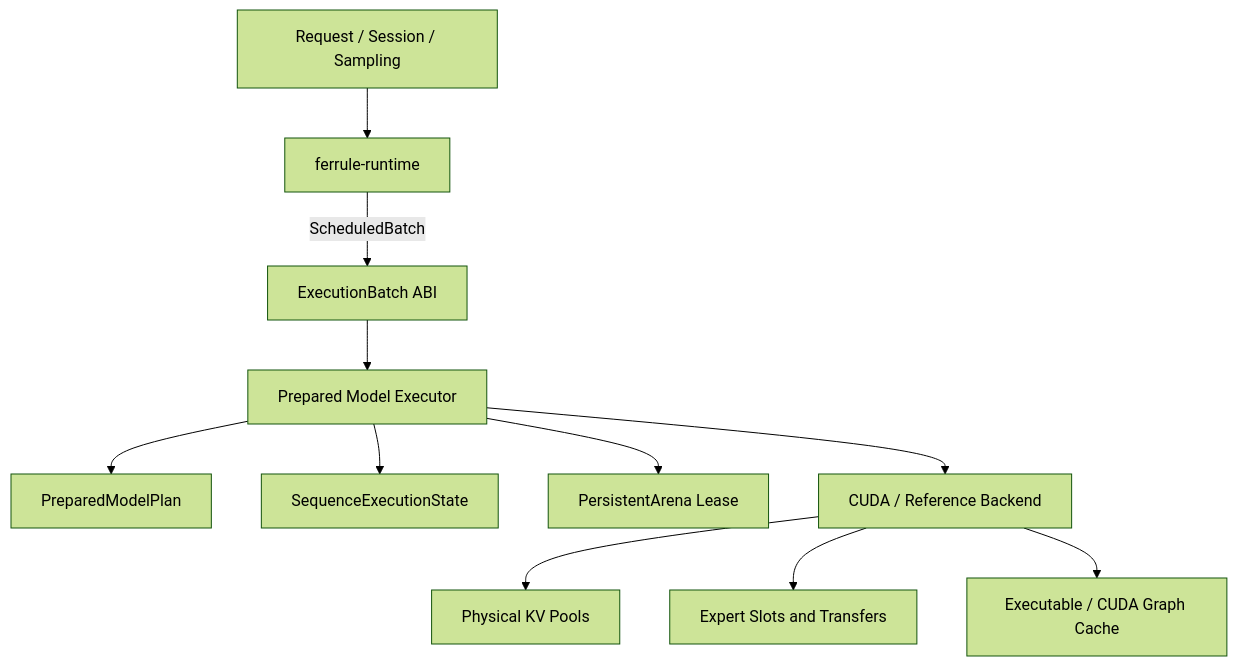
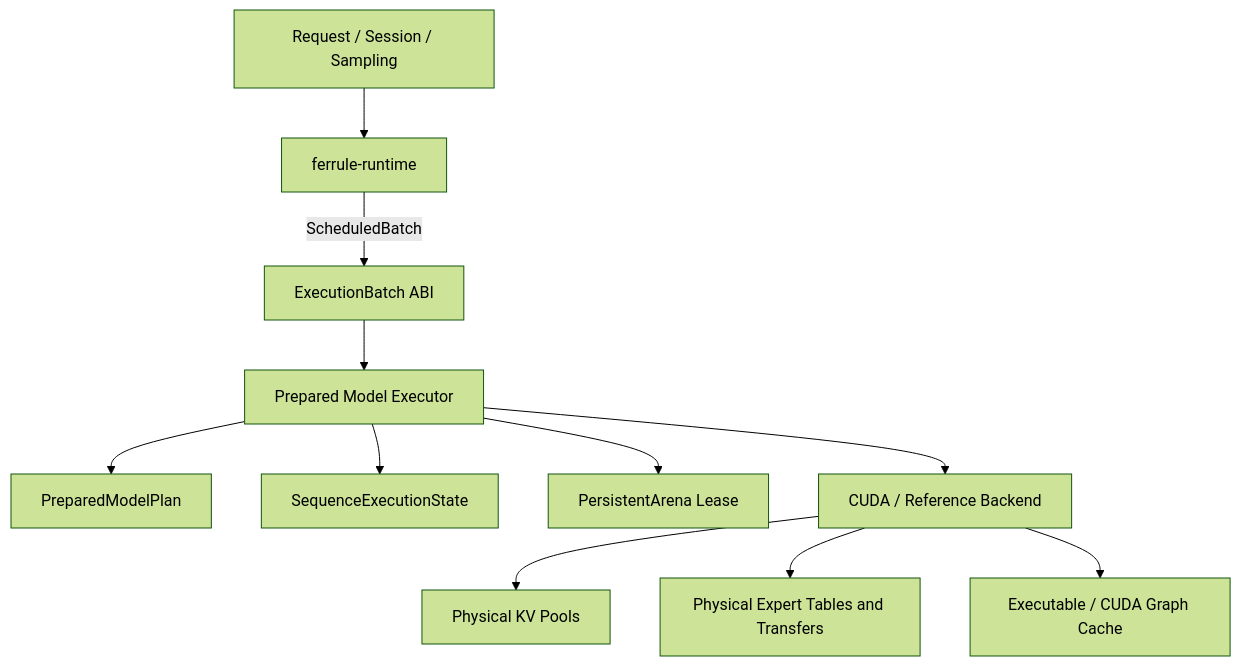
One commit to devillove084/Ferrule changed the diagram in docs/execution-engine-architecture.md. Above: the diagram before and after it, drawn with Mermaid (forest theme). The commit also changed other lines of this file and 21 other files, not shown here.

````diff
--- a/docs/execution-engine-architecture.md
+++ b/docs/execution-engine-architecture.md
@@ -170,13 +148,13 @@
 ```mermaid
 flowchart TD
     Request[Request / Session / Sampling] --> Runtime[ferrule-runtime]
     Runtime -->|ScheduledBatch| ABI[ExecutionBatch ABI]
     ABI --> Executor[Prepared Model Executor]
     Executor --> Plan[PreparedModelPlan]
     Executor --> State[SequenceExecutionState]
     Executor --> Arena[PersistentArena Lease]
     Executor --> Backend[CUDA / Reference Backend]
     Backend --> KV[Physical KV Pools]
-    Backend --> Experts[Expert Slots and Transfers]
+    Backend --> Experts[Physical Expert Tables and Transfers]
     Backend --> Graphs[Executable / CUDA Graph Cache]
 ```
````
